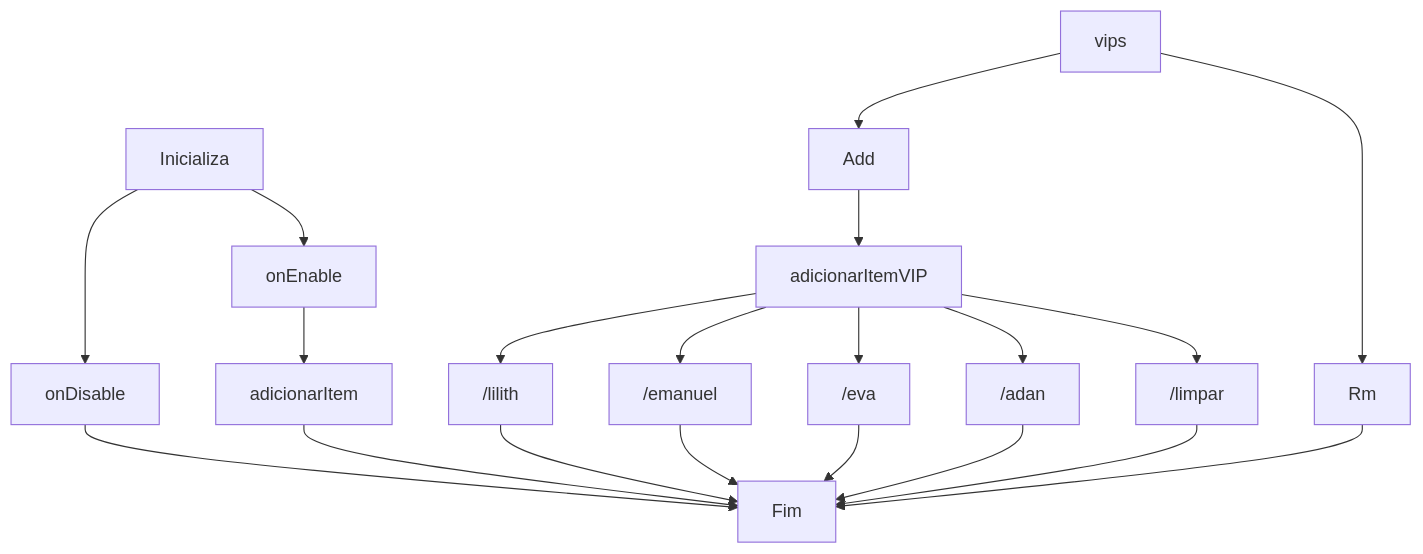
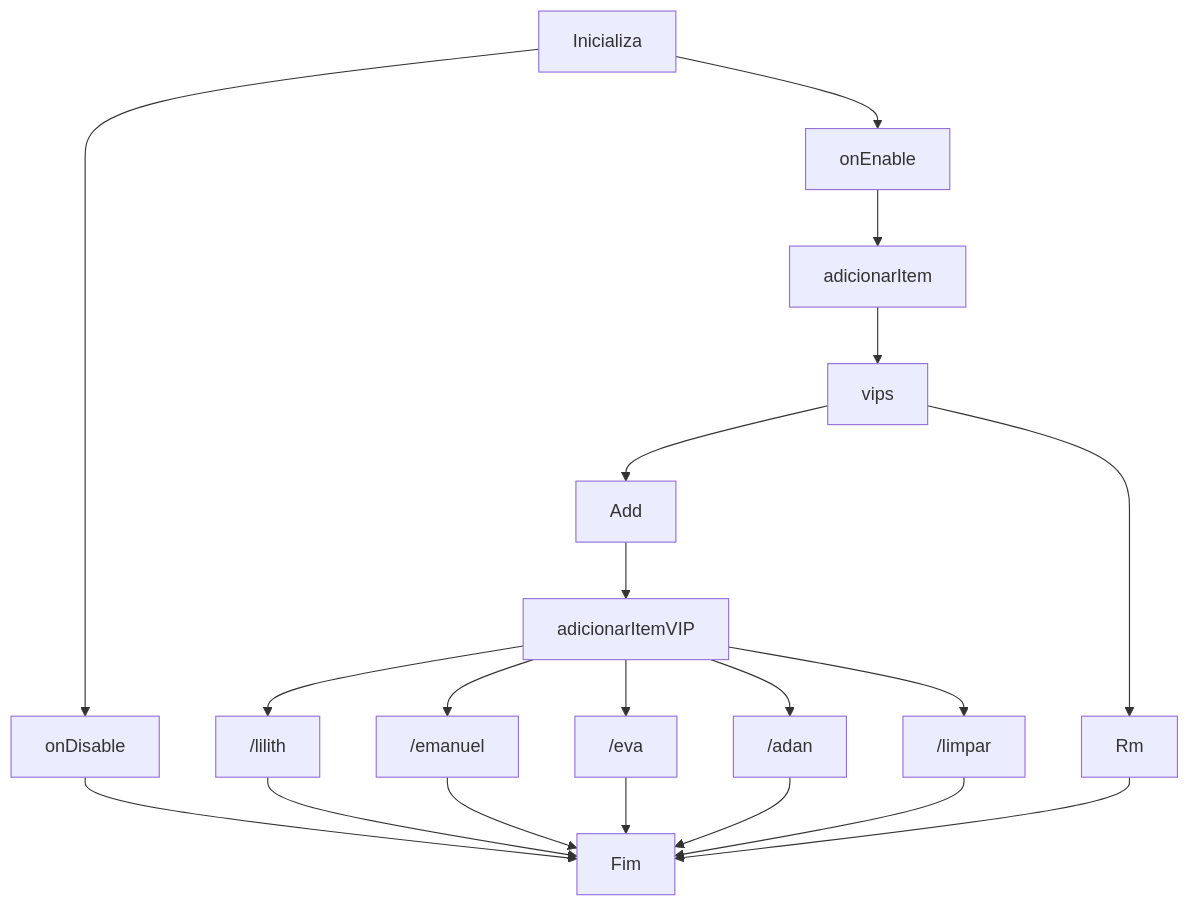
The diagram in README.md (astral123457/bk), drawn with Mermaid before and after one commit.

````diff
--- a/README.md
+++ b/README.md
@@ -64,22 +64,22 @@
 ```mermaid
 graph TD;
     Inicializa-->onEnable;
     Inicializa-->onDisable;
     onEnable-->adicionarItem;
     onDisable-->Fim;
-    adicionarItem-->Fim;
+    adicionarItem-->vips;
     vips-->Add;
     vips-->Rm;
     Add-->adicionarItemVIP;
     adicionarItemVIP-->/lilith;
     /lilith-->Fim;
     adicionarItemVIP-->/emanuel;
     /emanuel-->Fim;
     adicionarItemVIP-->/eva;
     /eva-->Fim;
     adicionarItemVIP-->/adan;
     /adan-->Fim;
     adicionarItemVIP-->/limpar;
     /limpar-->Fim;
     Rm-->Fim;
 ```
````
